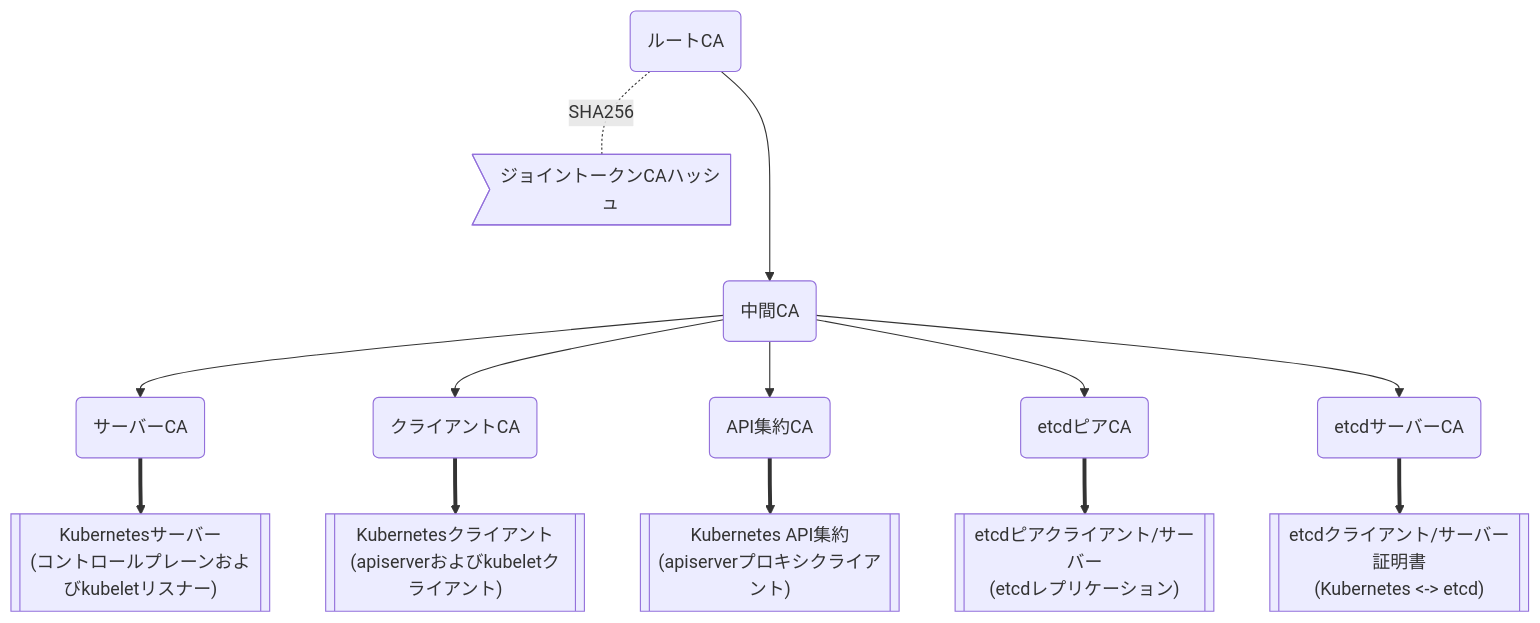
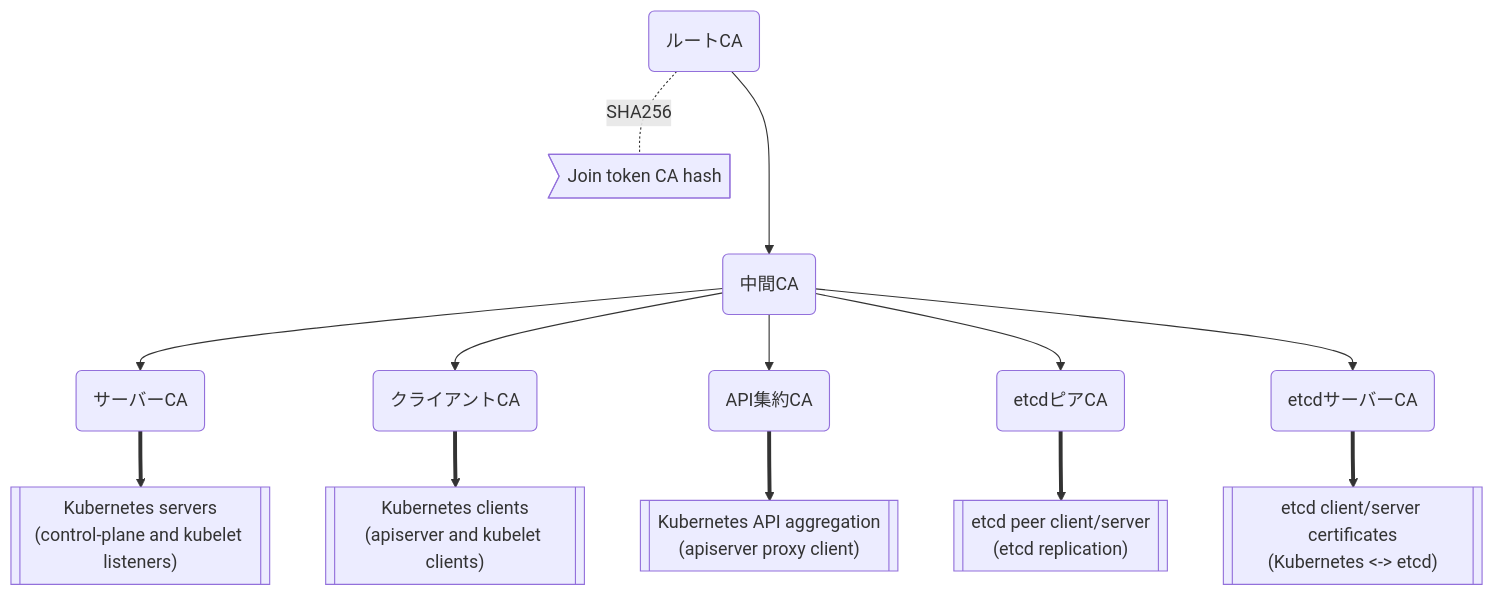
The first of 3 diagrams in docs/latest/modules/ja/pages/cli/certificate.adoc (rancher/k3s-product-docs), drawn with Mermaid before and after one commit. The commit also changed other lines of this file and 329 other files, not shown here.

```diff
--- a/docs/latest/modules/ja/pages/cli/certificate.adoc
+++ b/docs/latest/modules/ja/pages/cli/certificate.adoc
@@ -134,27 +145,27 @@
 [mermaid]
 ....
 graph TD
   root("ルートCA")
   intermediate("中間CA")
   server-ca("サーバーCA")
   client-ca("クライアントCA")
   request-header-ca("API集約CA")
   etcd-peer-ca("etcdピアCA")
   etcd-server-ca("etcdサーバーCA")
 
-  root-hash>"ジョイントークンCAハッシュ"]
+  root-hash>"Join token CA hash"]
 
-  kube-server-certs[["Kubernetesサーバー<br/>(コントロールプレーンおよびkubeletリスナー)"]]
-  kube-client-certs[["Kubernetesクライアント<br/>(apiserverおよびkubeletクライアント)"]]
-  request-header-certs[["Kubernetes API集約<br/>(apiserverプロキシクライアント)"]]
-  etcd-peer-certs[["etcdピアクライアント/サーバー<br/>(etcdレプリケーション)"]]
-  etcd-server-certs[["etcdクライアント/サーバー証明書<br/>(Kubernetes <-> etcd)"]]
+  kube-server-certs[["Kubernetes servers<br/>(control-plane and kubelet listeners)"]]
+  kube-client-certs[["Kubernetes clients<br/>(apiserver and kubelet clients)"]]
+  request-header-certs[["Kubernetes API aggregation<br/>(apiserver proxy client)"]]
+  etcd-peer-certs[["etcd peer client/server<br/>(etcd replication)"]]
+  etcd-server-certs[["etcd client/server certificates<br/>(Kubernetes <-> etcd)"]]
 
   root -.-|SHA256| root-hash
   root ---> intermediate
   intermediate --> server-ca ==> kube-server-certs
   intermediate --> client-ca ==> kube-client-certs
   intermediate --> request-header-ca ==> request-header-certs
   intermediate --> etcd-peer-ca ==> etcd-peer-certs
   intermediate --> etcd-server-ca ==> etcd-server-certs
 ....
```
